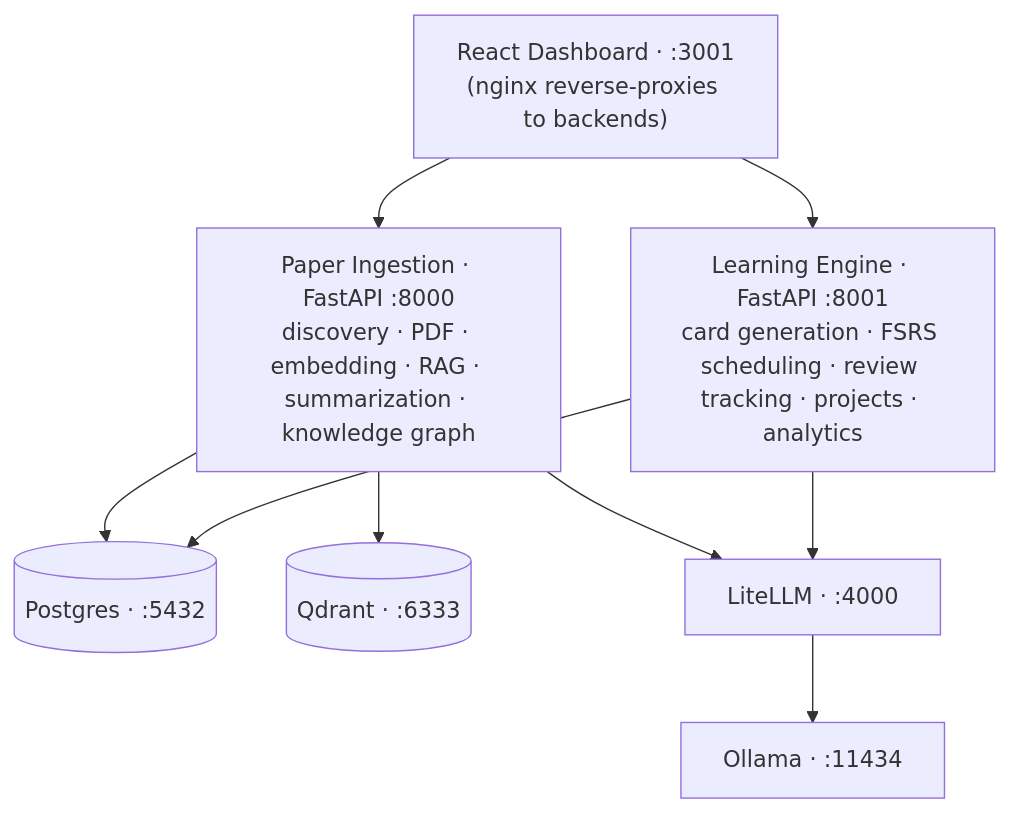
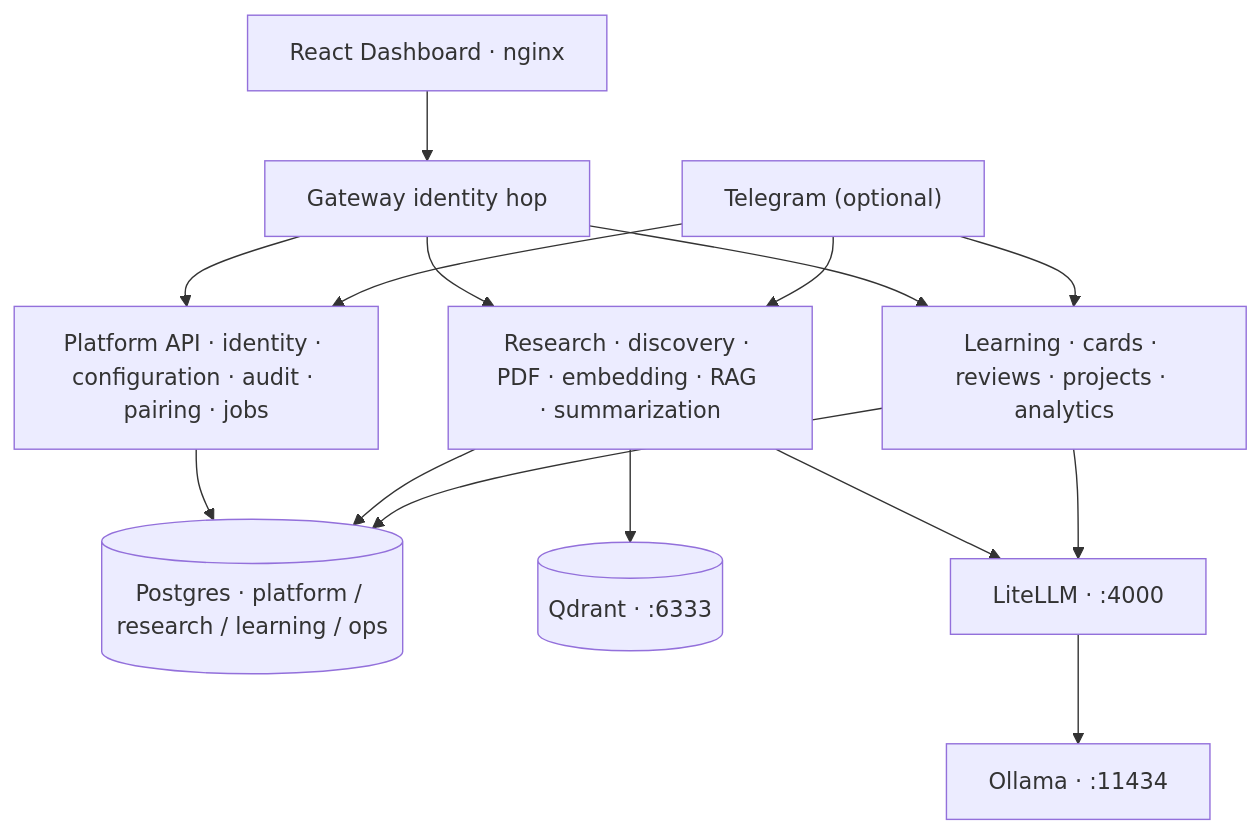
The diagram in README.md (FFidan/Jarvis-RD-Assistant), drawn with Mermaid before and after one commit. The commit also changed other lines of this file and 727 other files, not shown here.

````diff
--- a/README.md
+++ b/README.md
@@ -146,12 +146,18 @@
 ```mermaid
 flowchart TD
-    UI["React Dashboard · :3001<br/>(nginx reverse-proxies to backends)"]
-    UI --> PI["Paper Ingestion · FastAPI :8000<br/>discovery · PDF · embedding · RAG · summarization · knowledge graph"]
-    UI --> LE["Learning Engine · FastAPI :8001<br/>card generation · FSRS scheduling · review tracking · projects · analytics"]
-    PI --> PG[("Postgres · :5432")]
+    UI["React Dashboard · nginx"]
+    UI --> GW["Gateway identity hop"]
+    GW --> PL["Platform API · identity · configuration · audit · pairing · jobs"]
+    GW --> PI["Research · discovery · PDF · embedding · RAG · summarization"]
+    GW --> LE["Learning · cards · reviews · projects · analytics"]
+    TG["Telegram (optional)"] --> PL
+    TG --> PI
+    TG --> LE
+    PL --> PG
+    PI --> PG[("Postgres · platform / research / learning / ops")]
     PI --> QD[("Qdrant · :6333")]
     PI --> LL["LiteLLM · :4000"]
     LE --> PG
     LE --> LL
     LL --> OL["Ollama · :11434"]
 ```
````
